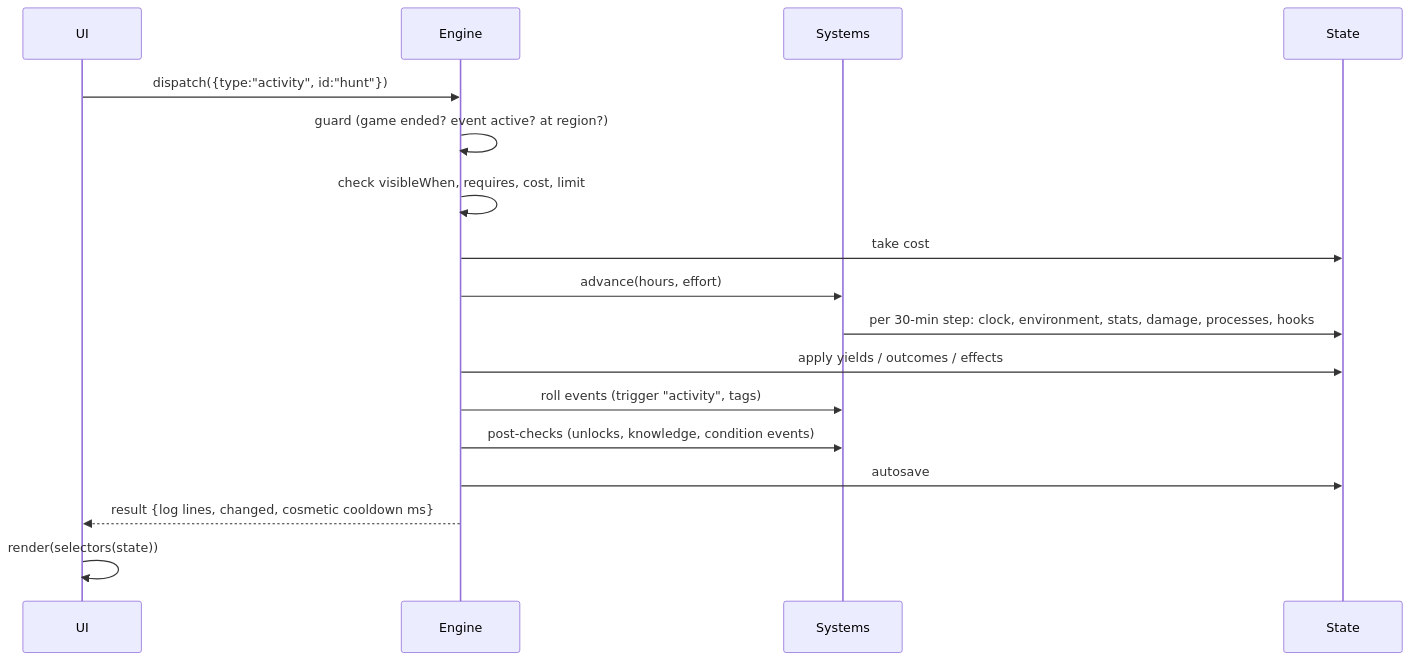
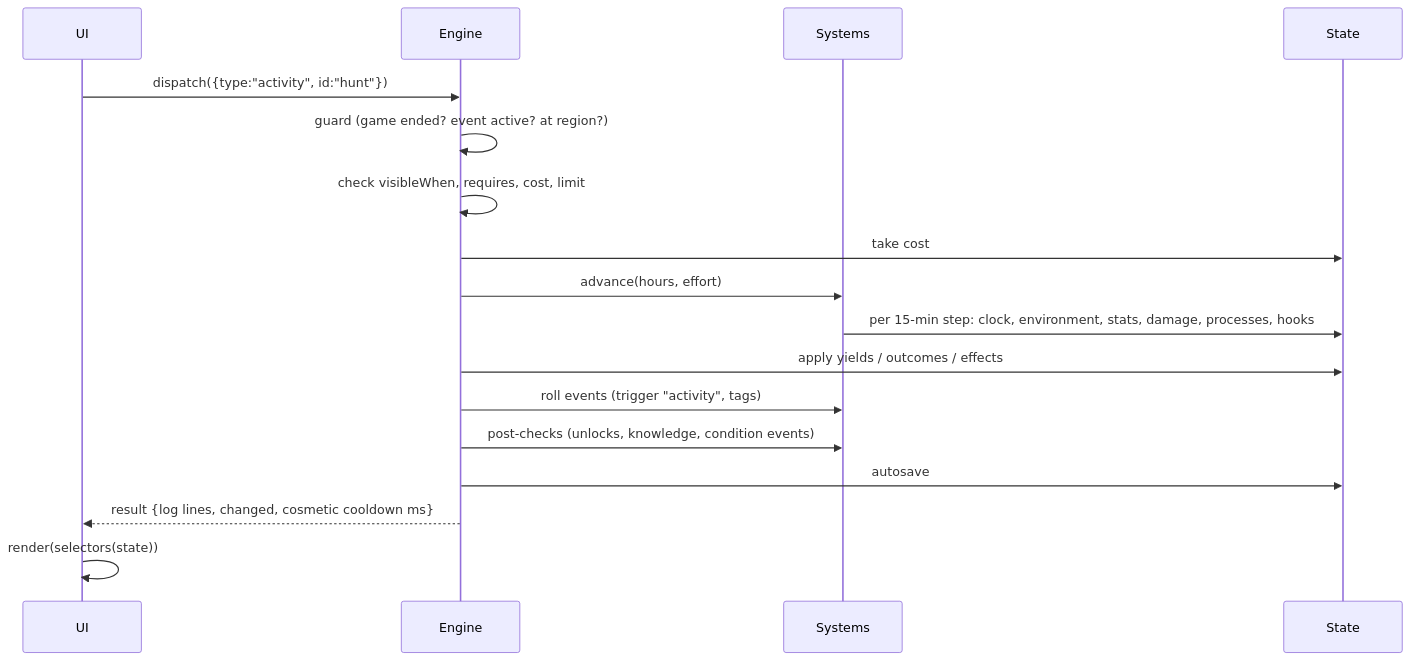
One commit to fdvoracek/mysteryless-island changed the second of 2 diagrams in docs/TDD.md. Above: the diagram before and after it, drawn with Mermaid. The commit also changed other lines of this file and 8 other files, not shown here.

Commit message:
Clock in 15-minute steps; content check: action times must be whole steps; fill takes 15 min

````diff
--- a/docs/TDD.md
+++ b/docs/TDD.md
@@ -566,19 +566,19 @@
 ```mermaid
 sequenceDiagram
   participant UI
   participant Engine
   participant Systems
   participant State
   UI->>Engine: dispatch({type:"activity", id:"hunt"})
   Engine->>Engine: guard (game ended? event active? at region?)
   Engine->>Engine: check visibleWhen, requires, cost, limit
   Engine->>State: take cost
   Engine->>Systems: advance(hours, effort)
-  Systems->>State: per 30-min step: clock, environment, stats, damage, processes, hooks
+  Systems->>State: per 15-min step: clock, environment, stats, damage, processes, hooks
   Engine->>State: apply yields / outcomes / effects
   Engine->>Systems: roll events (trigger "activity", tags)
   Engine->>Systems: post-checks (unlocks, knowledge, condition events)
   Engine->>State: autosave
   Engine-->>UI: result {log lines, changed, cosmetic cooldown ms}
   UI->>UI: render(selectors(state))
 ```
````
